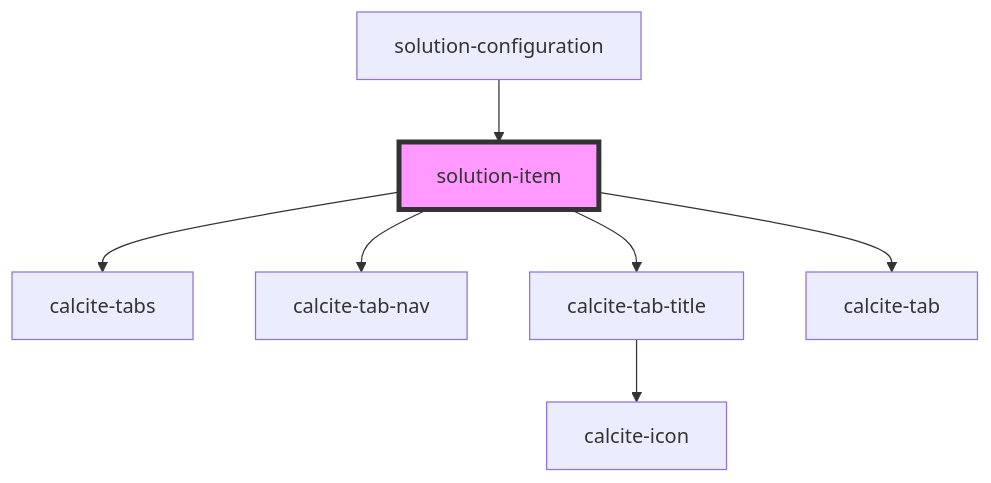
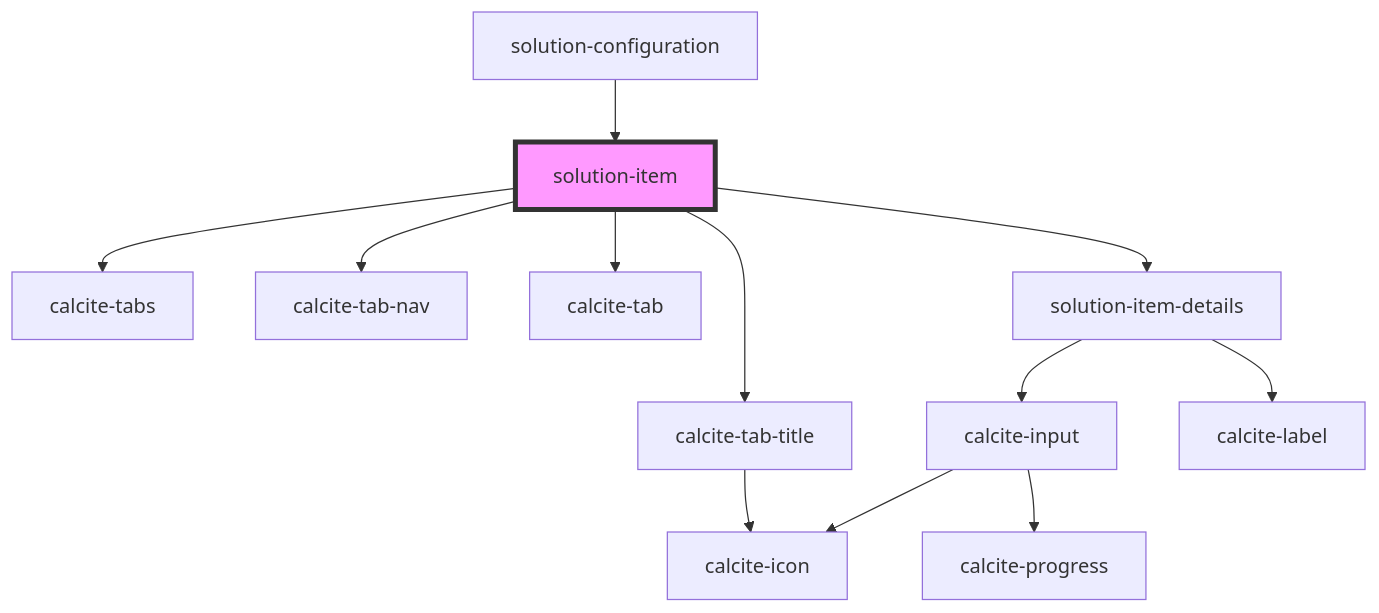
The diagram in src/components/solution-item/readme.md (Esri/solutions-components), drawn with Mermaid before and after one commit. The commit also changed other lines of this file and 17 other files, not shown here.

Commit message:
Added item-details

````diff
--- a/src/components/solution-item/readme.md
+++ b/src/components/solution-item/readme.md
@@ -30,10 +31,15 @@
 ```mermaid
 graph TD;
   solution-item --> calcite-tabs
   solution-item --> calcite-tab-nav
   solution-item --> calcite-tab-title
   solution-item --> calcite-tab
+  solution-item --> solution-item-details
   calcite-tab-title --> calcite-icon
+  solution-item-details --> calcite-input
+  solution-item-details --> calcite-label
+  calcite-input --> calcite-progress
+  calcite-input --> calcite-icon
   solution-configuration --> solution-item
   style solution-item fill:#f9f,stroke:#333,stroke-width:4px
 ```
````
